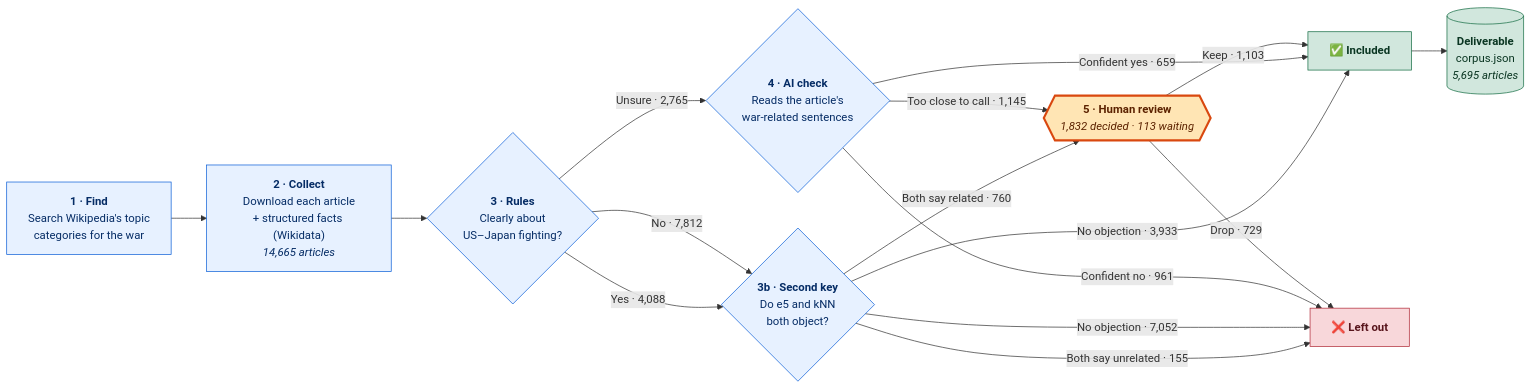
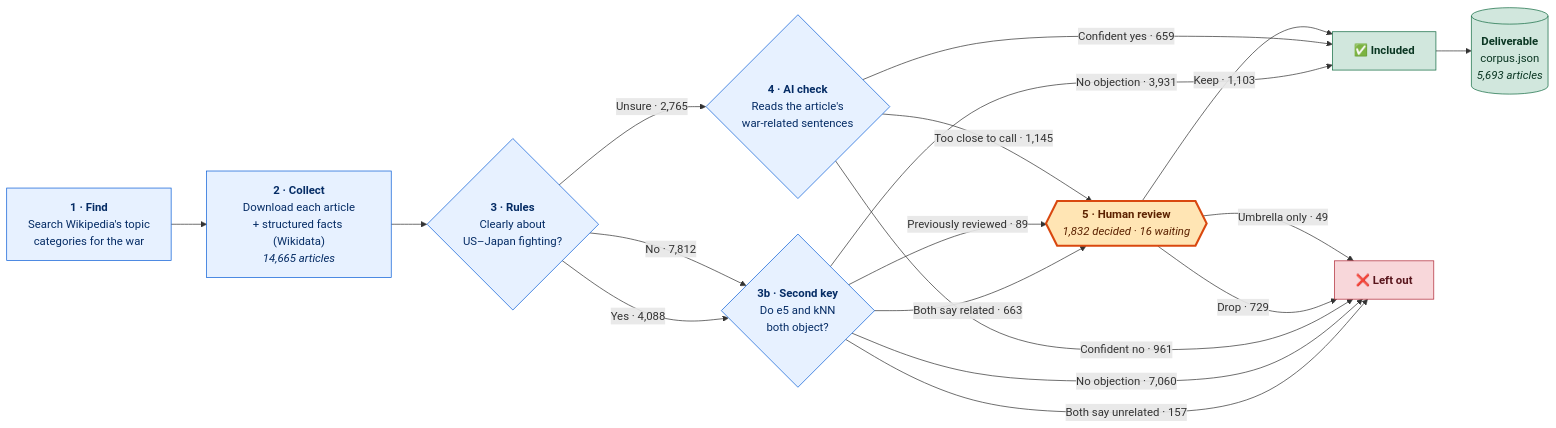
One commit to EtzionR/Corpus2GeoRAG_Pacific changed the first of 2 diagrams in Processing/PIPELINE.md. Above: the diagram before and after it, drawn with Mermaid. The commit also changed other lines of this file and 2 other files, not shown here.

````diff
--- a/Processing/PIPELINE.md
+++ b/Processing/PIPELINE.md
@@ -25,36 +25,38 @@
 ```mermaid
 flowchart LR
     FIND["<b>1 · Find</b><br/>Search Wikipedia's topic<br/>categories for the war"]
     COLLECT["<b>2 · Collect</b><br/>Download each article<br/>+ structured facts (Wikidata)<br/><i>14,665 articles</i>"]
     RULES{"<b>3 · Rules</b><br/>Clearly about<br/>US–Japan fighting?"}
     KEY{"<b>3b · Second key</b><br/>Do e5 and kNN<br/>both object?"}
     AI{"<b>4 · AI check</b><br/>Reads the article's<br/>war-related sentences"}
-    HUMAN{{"<b>5 · Human review</b><br/><i>1,832 decided · 113 waiting</i>"}}
+    HUMAN{{"<b>5 · Human review</b><br/><i>1,832 decided · 16 waiting</i>"}}
     IN["✅ <b>Included</b>"]
     OUT["❌ <b>Left out</b>"]
-    DELIVER[("<b>Deliverable</b><br/>corpus.json<br/><i>5,695 articles</i>")]
+    DELIVER[("<b>Deliverable</b><br/>corpus.json<br/><i>5,693 articles</i>")]
 
     FIND --> COLLECT --> RULES
     RULES -- "Yes · 4,088" --> KEY
     RULES -- "No · 7,812" --> KEY
-    KEY -- "No objection · 3,933" --> IN
-    KEY -- "Both say unrelated · 155" --> OUT
-    KEY -- "No objection · 7,052" --> OUT
-    KEY -- "Both say related · 760" --> HUMAN
+    KEY -- "No objection · 3,931" --> IN
+    KEY -- "Both say unrelated · 157" --> OUT
+    KEY -- "No objection · 7,060" --> OUT
+    KEY -- "Both say related · 663" --> HUMAN
+    KEY -- "Previously reviewed · 89" --> HUMAN
     RULES -- "Unsure · 2,765" --> AI
     AI -- "Confident yes · 659" --> IN
     AI -- "Confident no · 961" --> OUT
     AI -- "Too close to call · 1,145" --> HUMAN
     HUMAN -- "Keep · 1,103" --> IN
     HUMAN -- "Drop · 729" --> OUT
+    HUMAN -- "Umbrella only · 49" --> OUT
     IN --> DELIVER
 
     classDef step fill:#e7f1ff,stroke:#0b5ed7,color:#052c65
     classDef human fill:#ffe5b4,stroke:#d9480f,color:#5c2200,stroke-width:3px
     classDef good fill:#d1e7dd,stroke:#146c43,color:#0a3622
     classDef bad fill:#f8d7da,stroke:#b02a37,color:#58151c
     class FIND,COLLECT,RULES,KEY,AI step
     class HUMAN human
     class IN,DELIVER good
     class OUT bad
 ```
````
